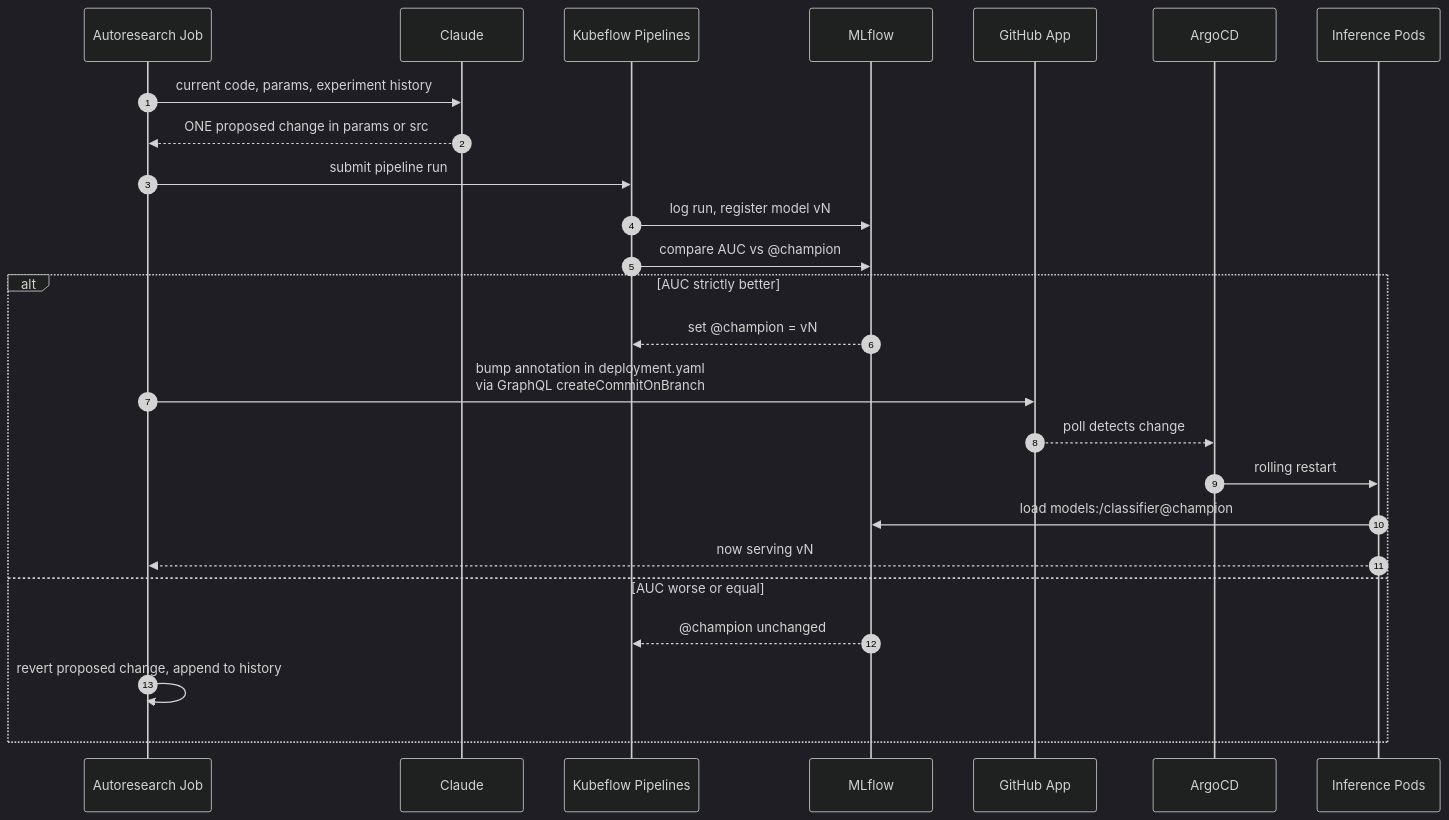
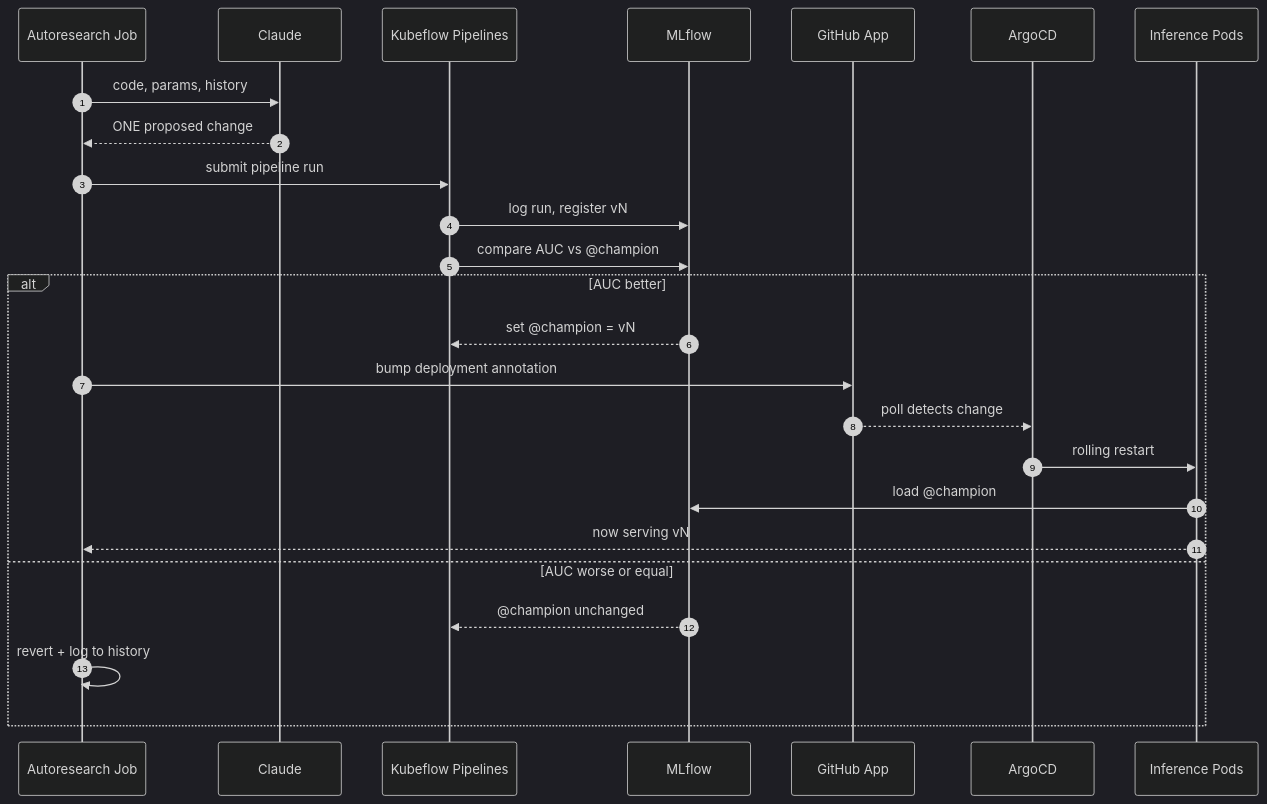
One commit to my-neme-eh-jeff/ML-deployment-system-for-autoresearch changed the second of 2 diagrams in README.md. Above: the diagram before and after it, drawn with Mermaid (dark theme). The commit also changed other lines of this file, not shown here.

````diff
--- a/README.md
+++ b/README.md
@@ -135,29 +129,29 @@
 ```mermaid
 sequenceDiagram
     autonumber
     participant Job as Autoresearch Job
     participant Claude
     participant KFP as Kubeflow Pipelines
     participant MLflow
     participant GH as GitHub App
     participant Argo as ArgoCD
     participant Pods as Inference Pods
 
-    Job->>Claude: current code, params, experiment history
-    Claude-->>Job: ONE proposed change in params or src
+    Job->>Claude: code, params, history
+    Claude-->>Job: ONE proposed change
     Job->>KFP: submit pipeline run
-    KFP->>MLflow: log run, register model vN
+    KFP->>MLflow: log run, register vN
     KFP->>MLflow: compare AUC vs @champion
 
-    alt AUC strictly better
+    alt AUC better
         MLflow-->>KFP: set @champion = vN
-        Job->>GH: bump annotation in deployment.yaml<br/>via GraphQL createCommitOnBranch
+        Job->>GH: bump deployment annotation
         GH-->>Argo: poll detects change
         Argo->>Pods: rolling restart
-        Pods->>MLflow: load models:/classifier@champion
+        Pods->>MLflow: load @champion
         Pods-->>Job: now serving vN
     else AUC worse or equal
         MLflow-->>KFP: @champion unchanged
-        Job->>Job: revert proposed change, append to history
+        Job->>Job: revert + log to history
     end
 ```
````
